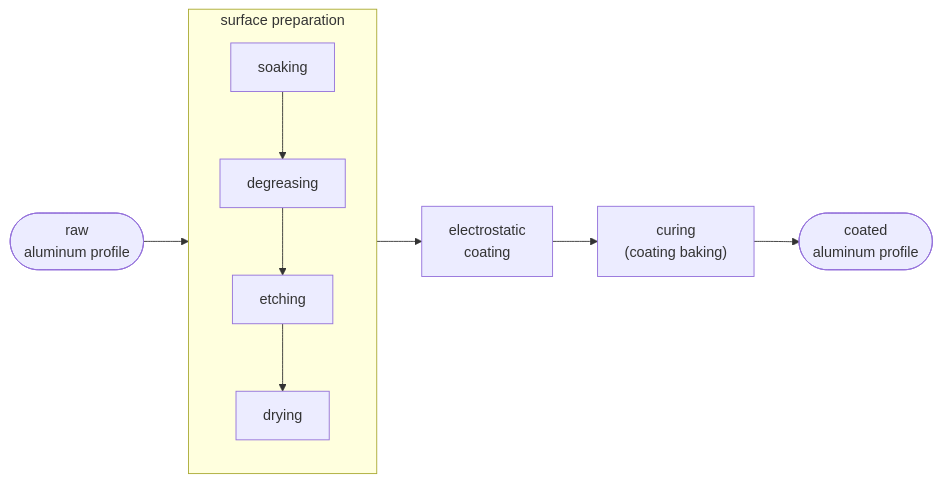
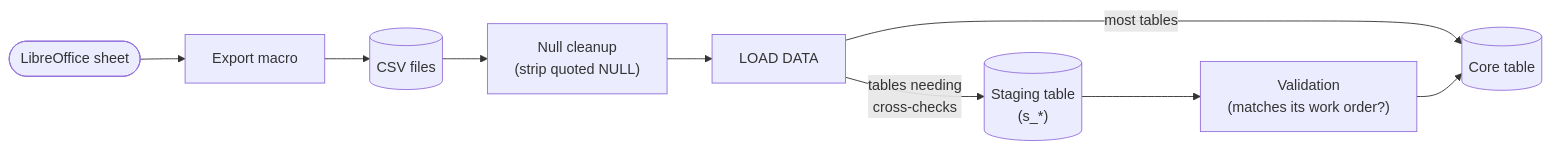
Before and after one commit to danderbas/aluminadb: the diagram in README.md, drawn with Mermaid. The commit also changed other lines of this file, not shown here.

````diff
--- a/README.md
+++ b/README.md
@@ -92,17 +25,15 @@
 ```mermaid
 flowchart LR
-    profile(["raw<br/>aluminum profile"])
-    subgraph prep["surface preparation"]
-        direction TB
-        soaking["soaking"]
-        degreasing["degreasing"]
-        etching["etching"]
-        drying["drying"]
-        soaking --> degreasing --> etching --> drying
-    end
-    coating["electrostatic<br/>coating"]
-    curing["curing<br/>(coating baking)"]
-    coatedprofile(["coated<br/>aluminum profile"])
+    sheet(["LibreOffice sheet"])
+    macro["Export macro"]
+    csv[("CSV files")]
+    clean["Null cleanup<br/>(strip quoted NULL)"]
+    load["LOAD DATA"]
+    staging[("Staging table<br/>(s_*)")]
+    validate["Validation<br/>(matches its work order?)"]
+    core[("Core table")]
 
-    profile --> prep --> coating --> curing --> coatedprofile
+    sheet --> macro --> csv --> clean --> load
+    load -->|most tables| core
+    load -->|tables needing<br/>cross-checks| staging --> validate --> core
 ```
````
